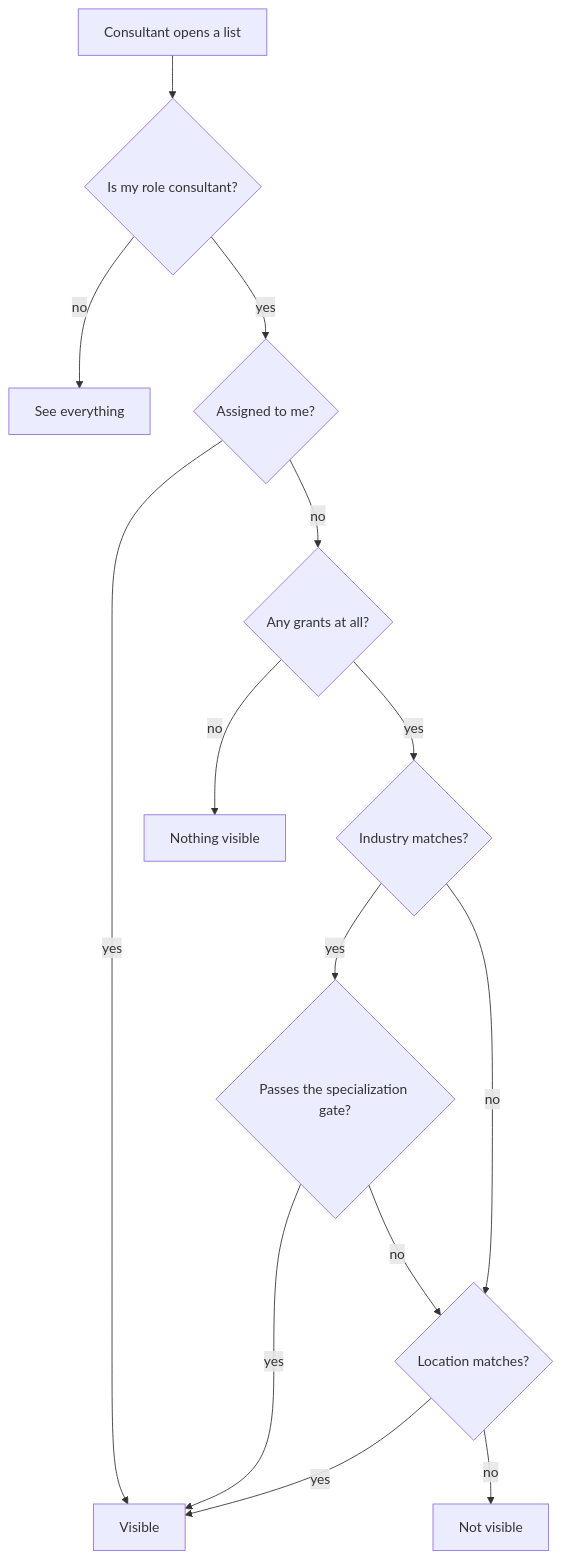
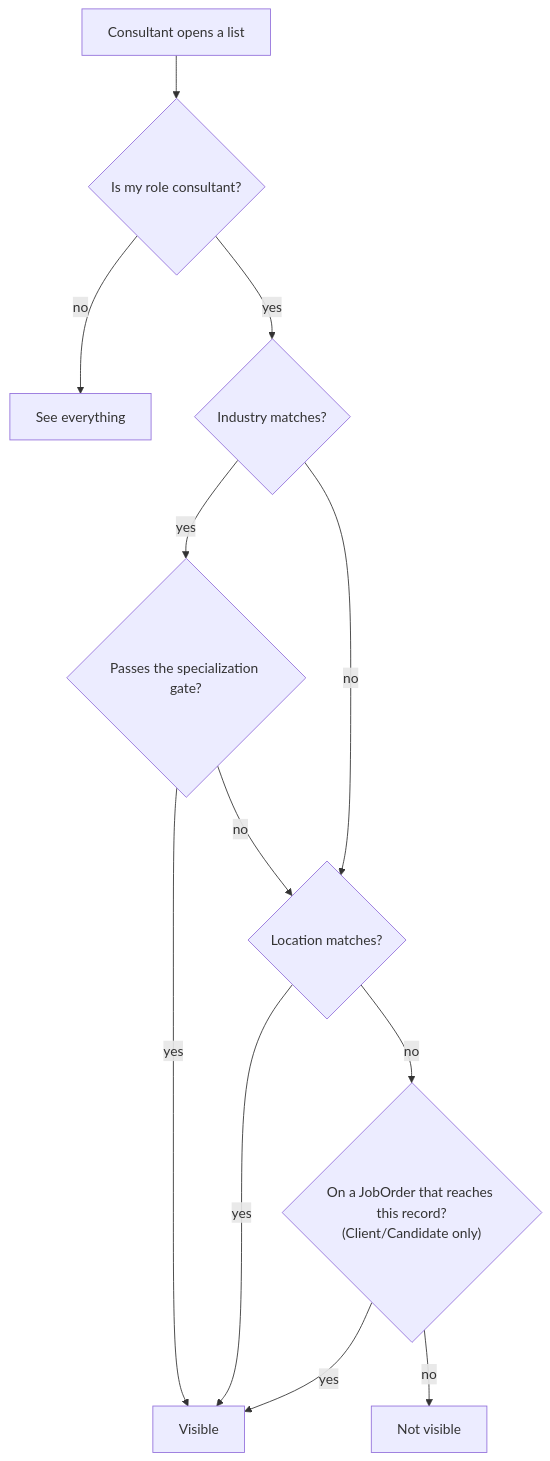
One commit to Marcuswong0327/linktal-recruitment-os changed the first of 4 diagrams in docs/scope-explained.md. Above: the diagram before and after it, drawn with Mermaid. The commit also changed other lines of this file and 108 other files, not shown here.

````diff
--- a/docs/scope-explained.md
+++ b/docs/scope-explained.md
@@ -70,16 +54,14 @@
 ```mermaid
 flowchart TD
     A["Consultant opens a list"] --> B{"Is my role consultant?"}
     B -- no --> Z["See everything"]
-    B -- yes --> C{"Assigned to me?"}
-    C -- yes --> Y["Visible"]
-    C -- no --> D{"Any grants at all?"}
-    D -- no --> N["Nothing visible"]
-    D -- yes --> E{"Industry matches?"}
-    E -- yes --> F{"Passes the specialization gate?"}
-    F -- yes --> Y
+    B -- yes --> D{"Industry matches?"}
+    D -- yes --> F{"Passes the specialization gate?"}
+    F -- yes --> Y["Visible"]
     F -- no --> G{"Location matches?"}
-    E -- no --> G
+    D -- no --> G
     G -- yes --> Y
-    G -- no --> N2["Not visible"]
+    G -- no --> H{"On a JobOrder that reaches this record?<br/>(Client/Candidate only)"}
+    H -- yes --> Y
+    H -- no --> N["Not visible"]
 ```
````
